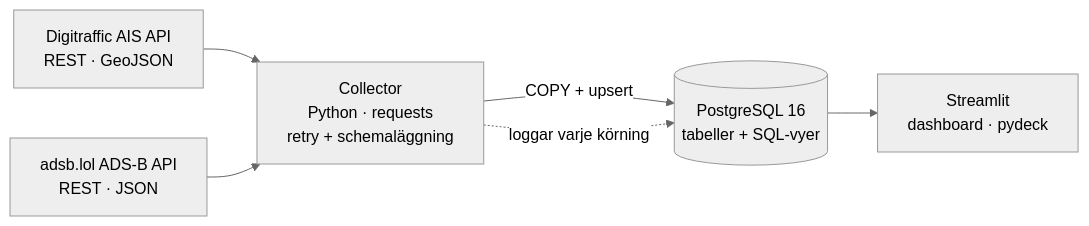
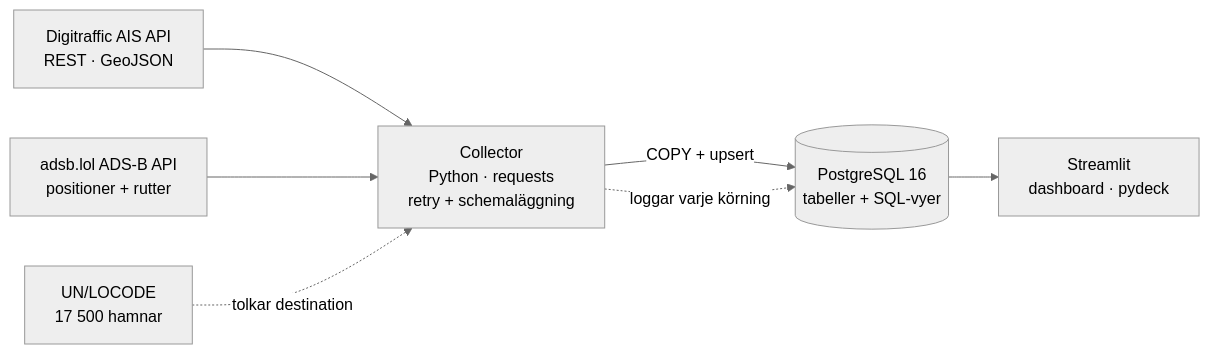
One commit to KristoferFangrat/baltic-traffic-monitor changed the diagram in README.md. Above: the diagram before and after it, drawn with Mermaid (neutral theme). The commit also changed other lines of this file and 25 other files, not shown here.

````diff
--- a/README.md
+++ b/README.md
@@ -36,8 +37,9 @@
 ```mermaid
 flowchart LR
     A[Digitraffic AIS API<br/>REST · GeoJSON] --> C
-    B[adsb.lol ADS-B API<br/>REST · JSON] --> C
+    B[adsb.lol ADS-B API<br/>positioner + rutter] --> C
+    L[UN/LOCODE<br/>17 500 hamnar] -.->|tolkar destination| C
     C[Collector<br/>Python · requests<br/>retry + schemaläggning] -->|COPY + upsert| D[(PostgreSQL 16<br/>tabeller + SQL-vyer)]
     D --> E[Streamlit<br/>dashboard · pydeck]
     C -.->|loggar varje körning| D
 ```
````
